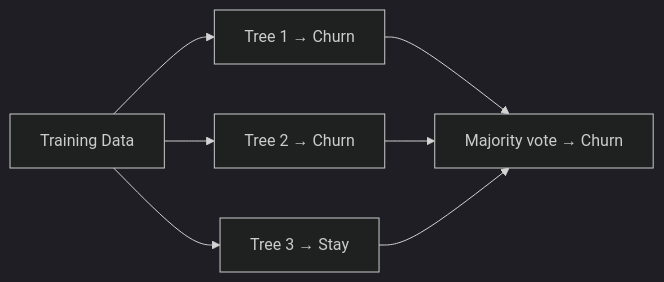
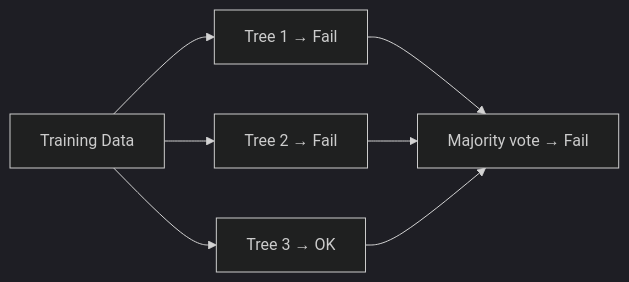
The second of 4 diagrams in docs/data-science/supervised/classification.md (shaokiat/shaokiat-blog), drawn with Mermaid (dark theme) before and after one commit. The commit also changed other lines of this file and 12 other files, not shown here.

````diff
--- a/docs/data-science/supervised/classification.md
+++ b/docs/data-science/supervised/classification.md
@@ -215,7 +215,7 @@
 ```mermaid
 graph LR
-    D["Training Data"] --> T1["Tree 1 → Churn"]
-    D --> T2["Tree 2 → Churn"]
-    D --> T3["Tree 3 → Stay"]
-    T1 & T2 & T3 --> V["Majority vote → Churn"]
+    D["Training Data"] --> T1["Tree 1 → Fail"]
+    D --> T2["Tree 2 → Fail"]
+    D --> T3["Tree 3 → OK"]
+    T1 & T2 & T3 --> V["Majority vote → Fail"]
 ```
````
